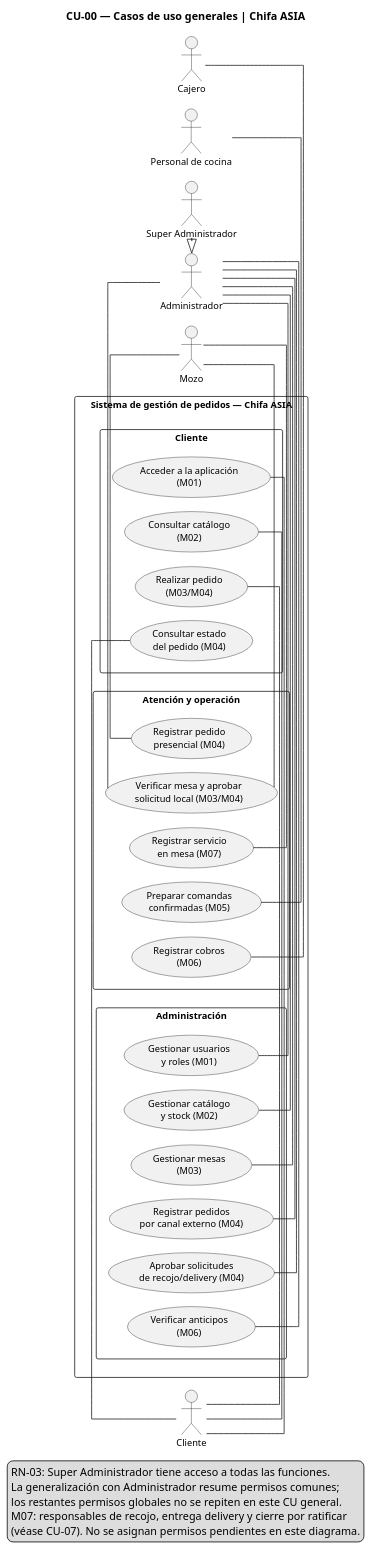
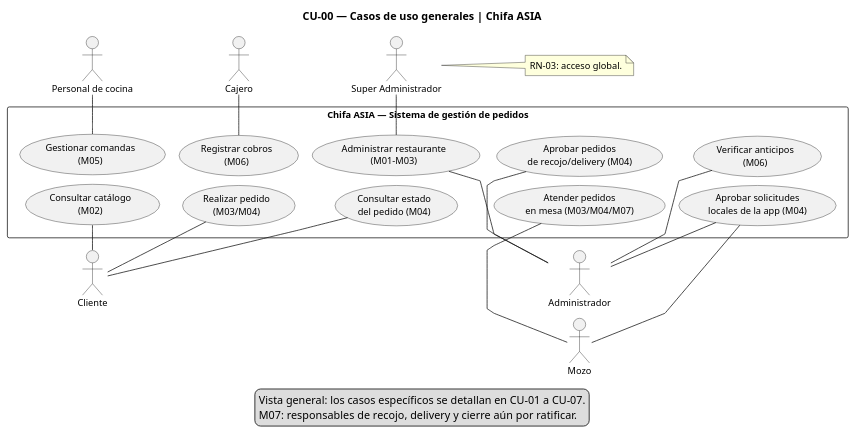
The diagram in docs/etapas/diagramas/etapa-04/etapa-04-cu-general.puml (HeizenGP/restaurant-app-frontend-v2), drawn with PlantUML before and after one commit.

Commit message:
fix(etapa-04): simplificar distribucion de CU-00 a dos columnas

```diff
--- a/docs/etapas/diagramas/etapa-04/etapa-04-cu-general.puml
+++ b/docs/etapas/diagramas/etapa-04/etapa-04-cu-general.puml
@@ -1,75 +1,74 @@
 @startuml
 title CU-00 — Casos de uso generales | Chifa ASIA
 left to right direction
 
 skinparam shadowing false
-skinparam linetype ortho
+skinparam linetype polyline
 skinparam packageStyle rectangle
-skinparam nodesep 18
-skinparam ranksep 26
+skinparam nodesep 12
+skinparam ranksep 18
 skinparam defaultFontSize 12
 
 actor "Cliente" as C
 actor "Mozo" as M
+
+rectangle "Chifa ASIA — Sistema de gestión de pedidos" {
+  usecase "Consultar catálogo\n(M02)" as U1
+  usecase "Realizar pedido\n(M03/M04)" as U2
+  usecase "Consultar estado\ndel pedido (M04)" as U3
+  usecase "Atender pedidos\nen mesa (M03/M04/M07)" as U4
+  usecase "Aprobar solicitudes\nlocales de la app (M04)" as U5
+
+  usecase "Gestionar comandas\n(M05)" as U6
+  usecase "Registrar cobros\n(M06)" as U7
+  usecase "Administrar restaurante\n(M01-M03)" as U8
+  usecase "Aprobar pedidos\nde recojo/delivery (M04)" as U9
+  usecase "Verificar anticipos\n(M06)" as U10
+
+  ' Dos columnas de cinco objetivos: solo restricciones visuales.
+  U1 -[hidden]down- U2
+  U2 -[hidden]down- U3
+  U3 -[hidden]down- U4
+  U4 -[hidden]down- U5
+
+  U6 -[hidden]down- U7
+  U7 -[hidden]down- U8
+  U8 -[hidden]down- U9
+  U9 -[hidden]down- U10
+
+  U1 -[hidden]right- U6
+  U2 -[hidden]right- U7
+  U3 -[hidden]right- U8
+  U4 -[hidden]right- U9
+  U5 -[hidden]right- U10
+}
+
 actor "Personal de cocina" as K
 actor "Cajero" as J
 actor "Administrador" as A
 actor "Super Administrador" as S
 
-rectangle "Sistema de gestión de pedidos — Chifa ASIA" {
+C -right- U1
+C -right- U2
+C -right- U3
 
-  package "Cliente" {
-    usecase "Acceder a la aplicación\n(M01)" as C1
-    usecase "Consultar catálogo\n(M02)" as C2
-    usecase "Realizar pedido\n(M03/M04)" as C3
-    usecase "Consultar estado\ndel pedido (M04)" as C4
-  }
+M -right- U4
+M -right- U5
+A -- U5
 
-  package "Atención y operación" {
-    usecase "Registrar pedido\npresencial (M04)" as M1
-    usecase "Verificar mesa y aprobar\nsolicitud local (M03/M04)" as M2
-    usecase "Registrar servicio\nen mesa (M07)" as M3
-    usecase "Preparar comandas\nconfirmadas (M05)" as K1
-    usecase "Registrar cobros\n(M06)" as J1
-  }
+U6 -right- K
+U7 -right- J
+U8 -right- A
+U9 -right- A
+U10 -right- A
+U8 -right- S
 
-  package "Administración" {
-    usecase "Gestionar usuarios\ny roles (M01)" as A1
-    usecase "Gestionar catálogo\ny stock (M02)" as A2
-    usecase "Gestionar mesas\n(M03)" as A3
-    usecase "Registrar pedidos\npor canal externo (M04)" as A4
-    usecase "Aprobar solicitudes\nde recojo/delivery (M04)" as A5
-    usecase "Verificar anticipos\n(M06)" as A6
-  }
-}
-
-C -right- C1
-C -right- C2
-C -right- C3
-C -right- C4
-
-M -right- M1
-M -right- M2
-M -right- M3
-A -right- M2
-
-K1 -right- K
-J1 -right- J
-
-A -right- A1
-A -right- A2
-A -right- A3
-A -right- A4
-A -right- A5
-A -right- A6
-
-S -|> A
+note right of S
+  RN-03: acceso global.
+end note
 
 legend bottom
-  RN-03: Super Administrador tiene acceso a todas las funciones.
-  La generalización con Administrador resume permisos comunes;
-  los restantes permisos globales no se repiten en este CU general.
-  M07: responsables de recojo, entrega delivery y cierre por ratificar
-  (véase CU-07). No se asignan permisos pendientes en este diagrama.
+  Vista general: los casos específicos se detallan en CU-01 a CU-07.
+  M07: responsables de recojo, delivery y cierre aún por ratificar.
 endlegend
 @enduml
```
